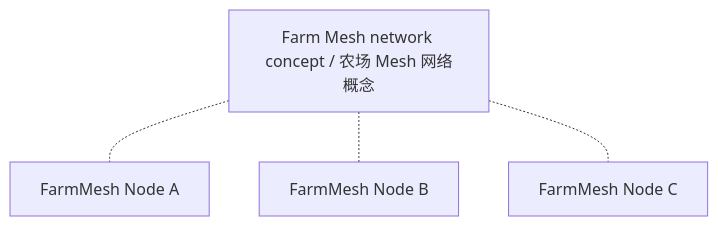
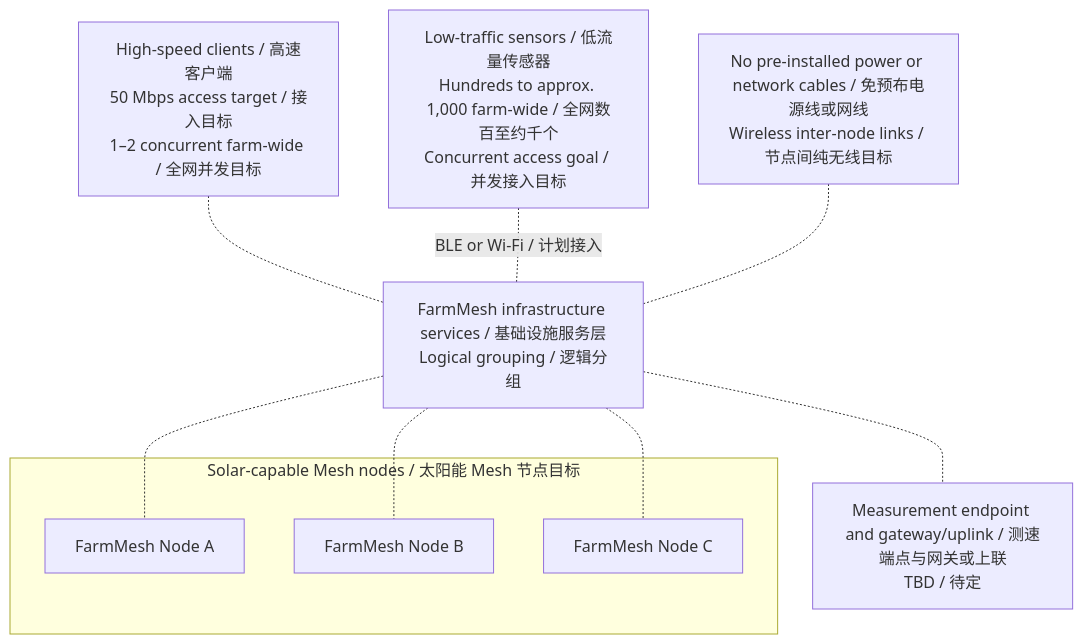
The first of 2 diagrams in README.md (chinawrj/FarmMesh-Node), drawn with Mermaid before and after one commit. The commit also changed other lines of this file and 1 other file, not shown here.

Commit message:
docs: define farm access targets and solar deployment goals

````diff
--- a/README.md
+++ b/README.md
@@ -23,10 +46,20 @@
 ```mermaid
 flowchart TB
-    mesh["Farm Mesh network concept / 农场 Mesh 网络概念"]
-    a["FarmMesh Node A"]
-    b["FarmMesh Node B"]
-    c["FarmMesh Node C"]
+    fast["High-speed clients / 高速客户端<br/>50 Mbps access target / 接入目标<br/>1–2 concurrent farm-wide / 全网并发目标"]
+    low["Low-traffic sensors / 低流量传感器<br/>Hundreds to approx. 1,000 farm-wide / 全网数百至约千个<br/>Concurrent access goal / 并发接入目标"]
+    mesh["FarmMesh infrastructure services / 基础设施服务层<br/>Logical grouping / 逻辑分组"]
+    fast -.- mesh
+    low -.-|"BLE or Wi-Fi / 计划接入"| mesh
+    subgraph infra["Solar-capable Mesh nodes / 太阳能 Mesh 节点目标"]
+        a["FarmMesh Node A"]
+        b["FarmMesh Node B"]
+        c["FarmMesh Node C"]
+    end
     mesh -.- a
     mesh -.- b
     mesh -.- c
+    deployment["No pre-installed power or network cables / 免预布电源线或网线<br/>Wireless inter-node links / 节点间纯无线目标"]
+    deployment -.- mesh
+    boundary["Measurement endpoint and gateway/uplink / 测速端点与网关或上联<br/>TBD / 待定"]
+    mesh -.- boundary
 ```
````
